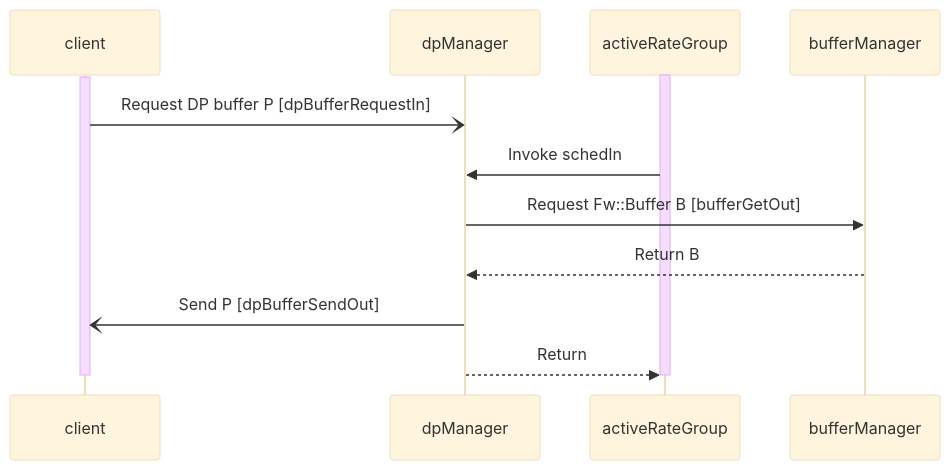
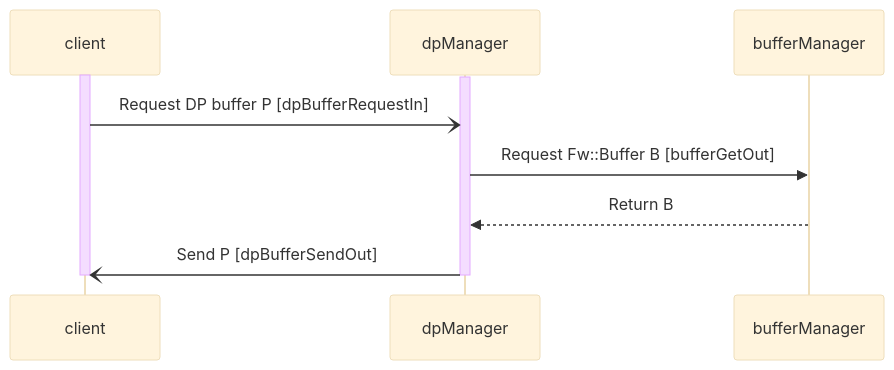
Before and after one commit to bocchino/fprime: the first of 2 diagrams in Svc/DpManager/docs/sdd.md, drawn with Mermaid (base theme). The commit also changed other lines of this file and 1 other file, not shown here.

Commit message:
Revise DpManager model and SDD

````diff
--- a/Svc/DpManager/docs/sdd.md
+++ b/Svc/DpManager/docs/sdd.md
@@ -162,13 +159,11 @@
 ```mermaid
 sequenceDiagram
-    activate activeRateGroup
     activate client
+    activate dpManager
     client-)dpManager: Request DP buffer P [dpBufferRequestIn]
-    activeRateGroup->>dpManager: Invoke schedIn
     dpManager->>bufferManager: Request Fw::Buffer B [bufferGetOut]
     bufferManager-->>dpManager: Return B
     dpManager-)client: Send P [dpBufferSendOut]
-    dpManager-->>activeRateGroup: Return
+    deactivate dpManager
     deactivate client
-    deactivate activeRateGroup
 ```
````
